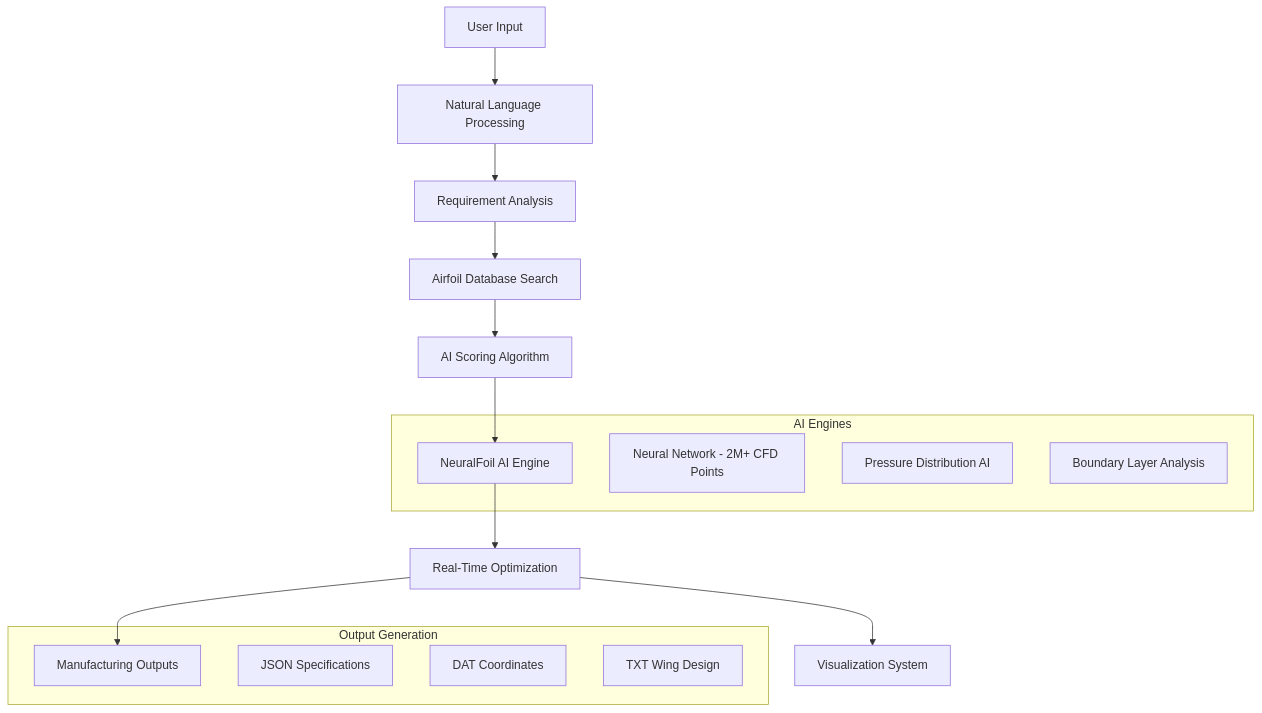
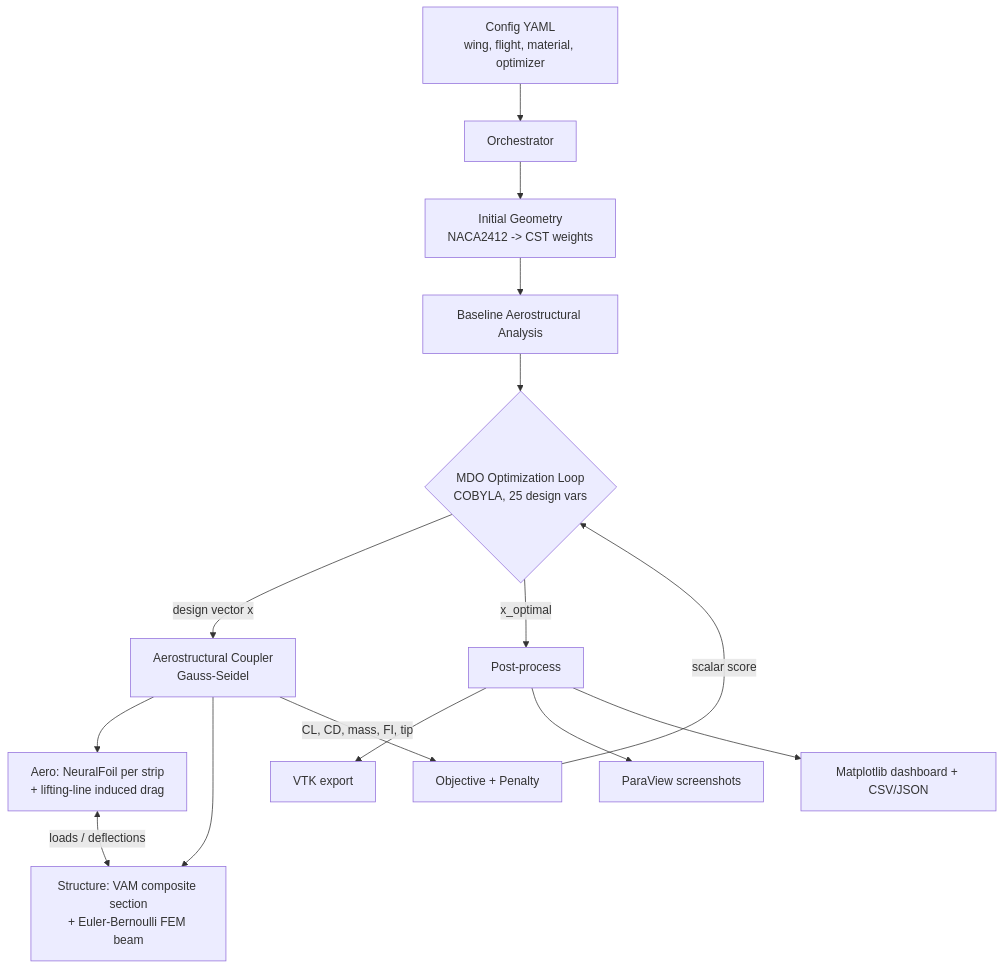
The diagram in README.md (Team-Allen/Super-Aerostructural-Optimizer), drawn with Mermaid before and after one commit. The commit also changed other lines of this file and 136 other files, not shown here.

First line of the commit message:
Re-architect around SU2 + MYSTRAN + VAM aerostructural pipeline

````diff
--- a/README.md
+++ b/README.md
@@ -63,25 +80,17 @@
 ```mermaid
-graph TB
-    A[User Input] --> B[Natural Language Processing]
-    B --> C[Requirement Analysis]
-    C --> D[Airfoil Database Search]
-    D --> E[AI Scoring Algorithm]
-    E --> F[NeuralFoil AI Engine]
-    F --> G[Real-Time Optimization]
-    G --> H[Visualization System]
-    G --> I[Manufacturing Outputs]
-    
-    subgraph "AI Engines"
-        F
-        J[Neural Network - 2M+ CFD Points]
-        K[Pressure Distribution AI]
-        L[Boundary Layer Analysis]
-    end
-    
-    subgraph "Output Generation"
-        I
-        M[JSON Specifications]
-        N[DAT Coordinates]
-        O[TXT Wing Design]
-    end
+flowchart TD
+    A[Config YAML<br/>wing, flight, material, optimizer] --> B[Orchestrator]
+    B --> C[Initial Geometry<br/>NACA2412 -> CST weights]
+    C --> D[Baseline Aerostructural Analysis]
+    D --> E{MDO Optimization Loop<br/>COBYLA, 25 design vars}
+    E -->|design vector x| F[Aerostructural Coupler<br/>Gauss-Seidel]
+    F --> G[Aero: NeuralFoil per strip<br/>+ lifting-line induced drag]
+    F --> H[Structure: VAM composite section<br/>+ Euler-Bernoulli FEM beam]
+    G <-->|loads / deflections| H
+    F -->|CL, CD, mass, FI, tip| I[Objective + Penalty]
+    I -->|scalar score| E
+    E -->|x_optimal| J[Post-process]
+    J --> K[VTK export]
+    J --> L[ParaView screenshots]
+    J --> M[Matplotlib dashboard + CSV/JSON]
 ```
````
